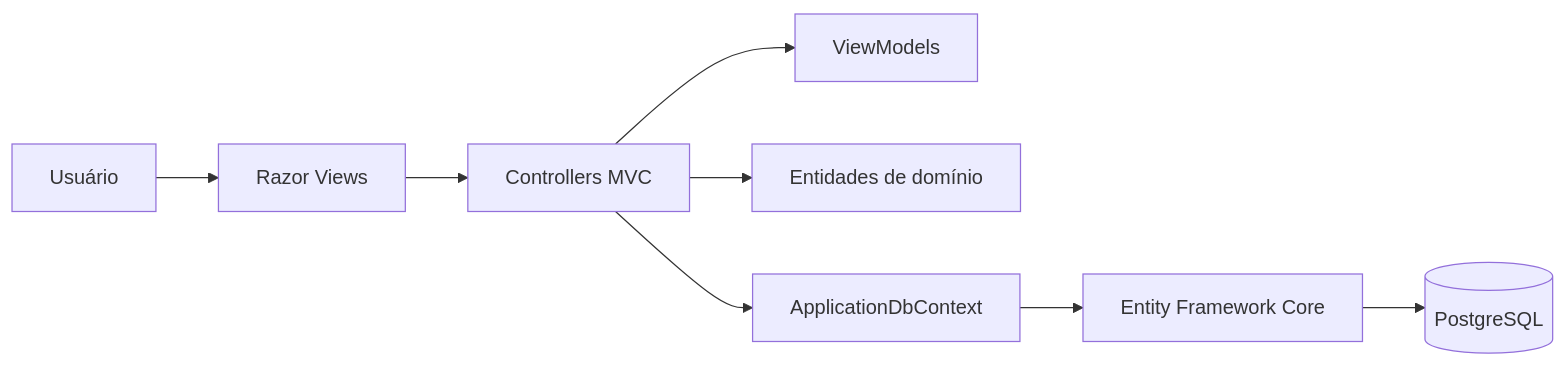
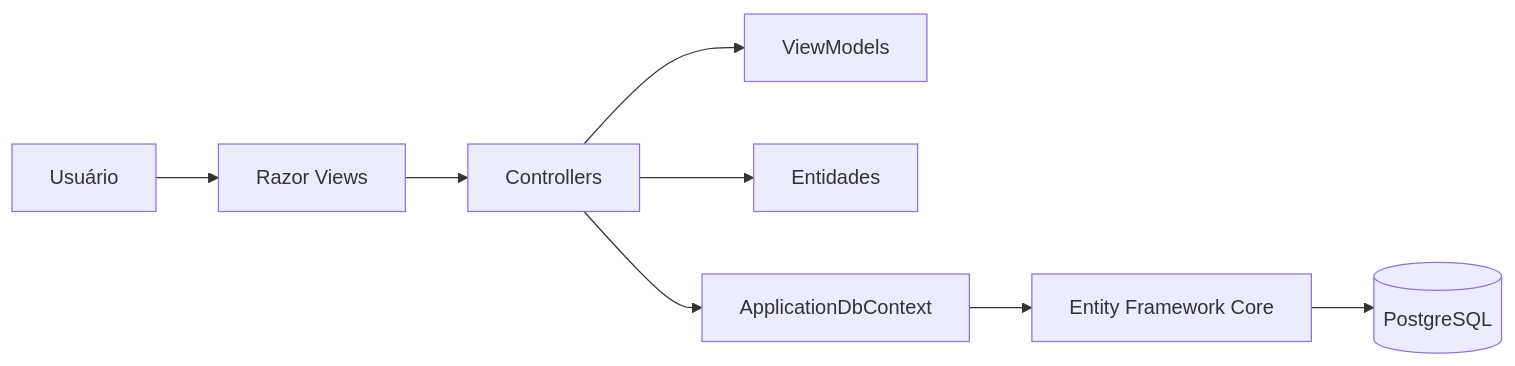
One commit to DarioKlein/gerenciador-venda-veiculos-aspnet-mvc changed the first of 3 diagrams in README.md. Above: the diagram before and after it, drawn with Mermaid. The commit also changed other lines of this file, not shown here.

````diff
--- a/README.md
+++ b/README.md
@@ -115,10 +40,10 @@
 ```mermaid
 flowchart LR
     U[Usuário] --> V[Razor Views]
-    V --> C[Controllers MVC]
+    V --> C[Controllers]
     C --> VM[ViewModels]
-    C --> D[Entidades de domínio]
+    C --> M[Entidades]
     C --> DB[ApplicationDbContext]
     DB --> EF[Entity Framework Core]
     EF --> PG[(PostgreSQL)]
 ```
````
